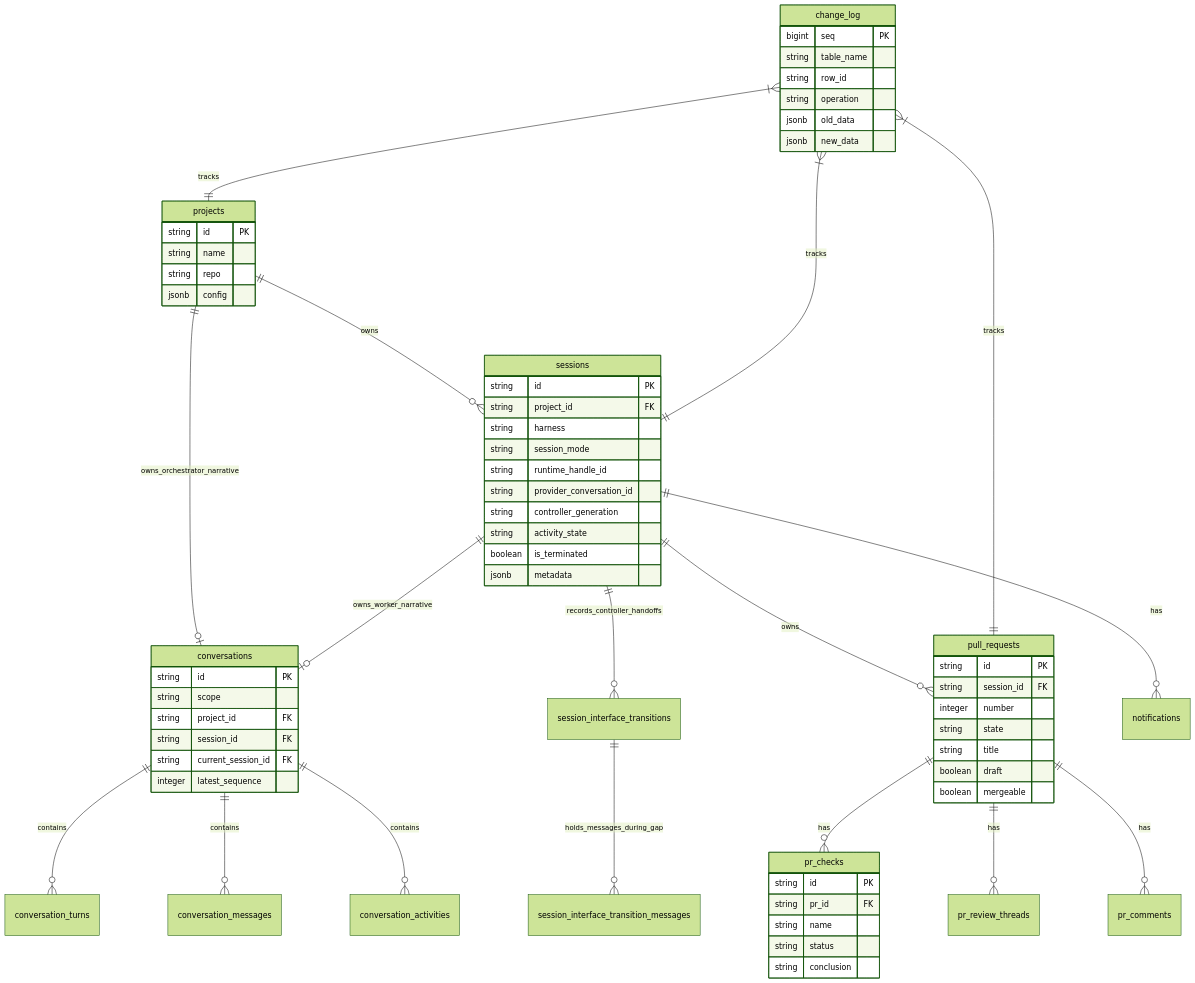
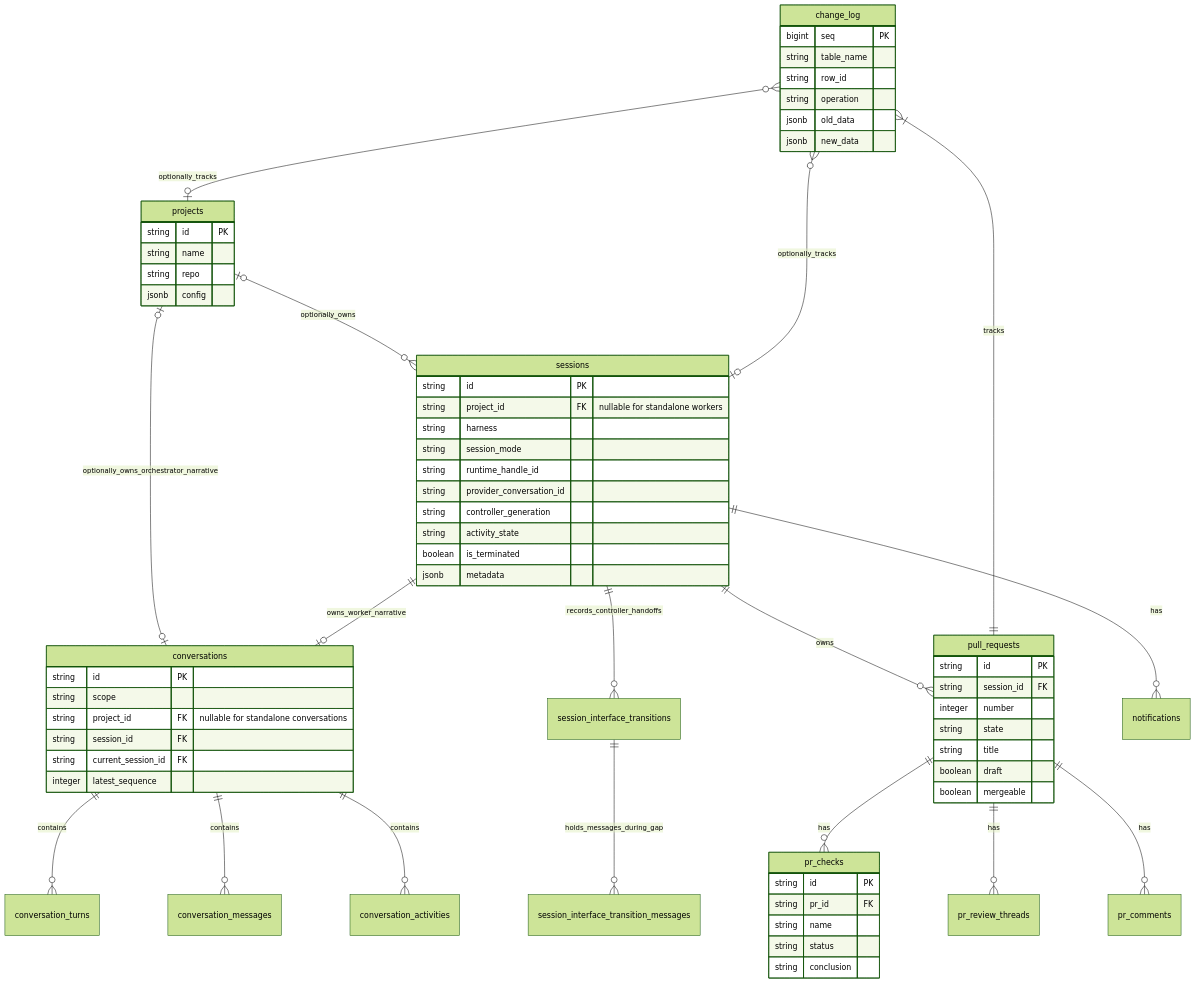
One commit to 2BE-ops/agent-orchestrator changed diagram 11 of 24 in docs/architecture.md. Above: the diagram before and after it, drawn with Mermaid (forest theme). The commit also changed other lines of this file and 90 other files, not shown here.

First line of the commit message:
feat: add standalone agent sessions (#4851)

````diff
--- a/docs/architecture.md
+++ b/docs/architecture.md
@@ -465,75 +472,75 @@
 ```mermaid
 erDiagram
-    projects ||--o{ sessions : owns
-    projects ||--o| conversations : owns_orchestrator_narrative
+    projects o|--o{ sessions : optionally_owns
+    projects o|--o| conversations : optionally_owns_orchestrator_narrative
     sessions ||--o| conversations : owns_worker_narrative
     sessions ||--o{ session_interface_transitions : records_controller_handoffs
     session_interface_transitions ||--o{ session_interface_transition_messages : holds_messages_during_gap
     conversations ||--o{ conversation_turns : contains
     conversations ||--o{ conversation_messages : contains
     conversations ||--o{ conversation_activities : contains
     sessions ||--o{ pull_requests : owns
     pull_requests ||--o{ pr_checks : has
     pull_requests ||--o{ pr_review_threads : has
     pull_requests ||--o{ pr_comments : has
     sessions ||--o{ notifications : has
-    change_log }|--|| projects : tracks
-    change_log }|--|| sessions : tracks
+    change_log }o--o| projects : optionally_tracks
+    change_log }o--o| sessions : optionally_tracks
     change_log }|--|| pull_requests : tracks
 
     projects {
         string id PK
         string name
         string repo
         jsonb config
     }
 
     sessions {
         string id PK
-        string project_id FK
+        string project_id FK "nullable for standalone workers"
         string harness
         string session_mode
         string runtime_handle_id
         string provider_conversation_id
         string controller_generation
         string activity_state
         boolean is_terminated
         jsonb metadata
     }
 
     conversations {
         string id PK
         string scope
-        string project_id FK
+        string project_id FK "nullable for standalone conversations"
         string session_id FK
         string current_session_id FK
         integer latest_sequence
     }
 
     pull_requests {
         string id PK
         string session_id FK
         integer number
         string state
         string title
         boolean draft
         boolean mergeable
     }
 
     pr_checks {
         string id PK
         string pr_id FK
         string name
         string status
         string conclusion
     }
 
     change_log {
         bigint seq PK
         string table_name
         string row_id
         string operation
         jsonb old_data
         jsonb new_data
     }
 ```
````
